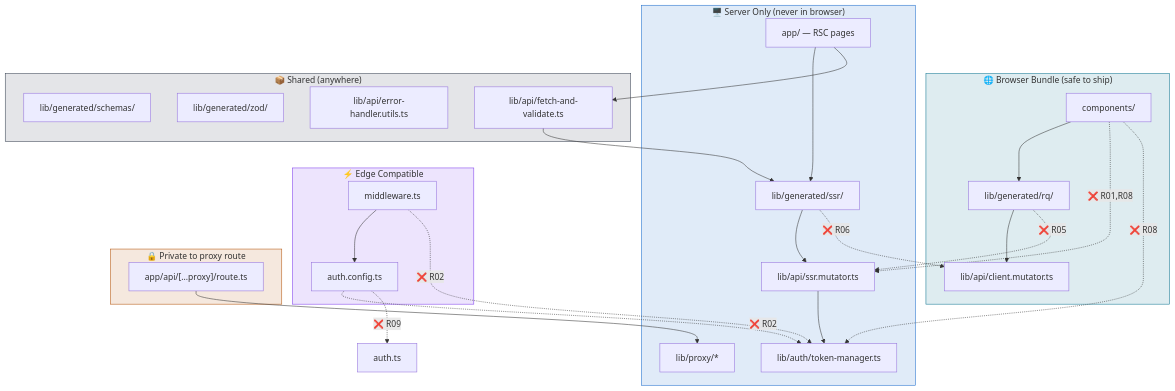
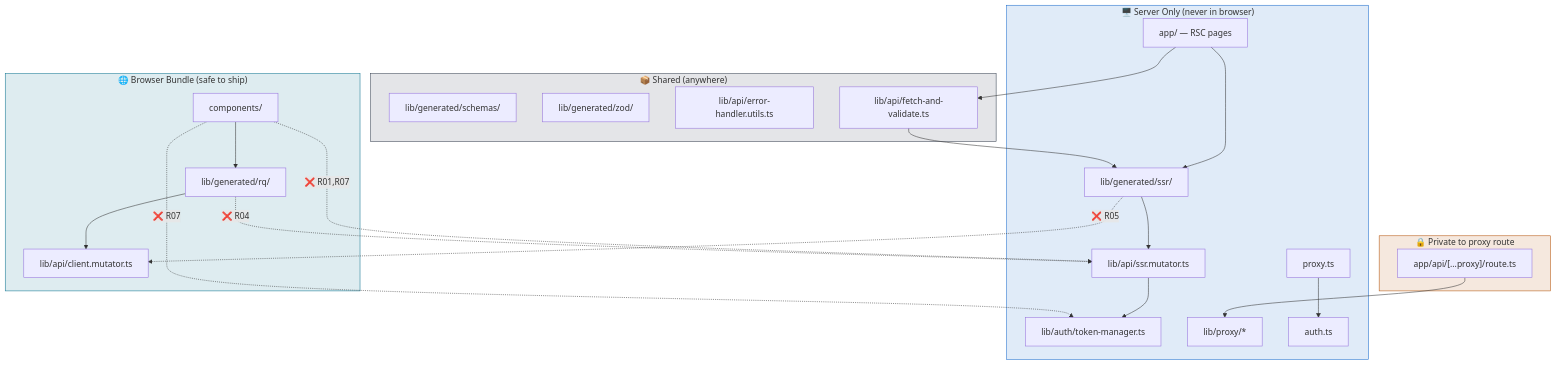
The diagram in docs/design/v10-architecture-rules.md (gokerDEV/bff-pattern), drawn with Mermaid before and after one commit. The commit also changed other lines of this file and 32 other files, not shown here.

````diff
--- a/docs/design/v10-architecture-rules.md
+++ b/docs/design/v10-architecture-rules.md
@@ -27,54 +22,47 @@
 ```mermaid
 graph TD
     subgraph browser["🌐 Browser Bundle (safe to ship)"]
         comp["components/"]
         rq["lib/generated/rq/"]
         cm["lib/api/client.mutator.ts"]
     end
 
     subgraph server["🖥️ Server Only (never in browser)"]
         rsc["app/ — RSC pages"]
         ssr["lib/generated/ssr/"]
         sm["lib/api/ssr.mutator.ts"]
         tm["lib/auth/token-manager.ts"]
         proxy_lib["lib/proxy/*"]
-    end
-
-    subgraph edge["⚡ Edge Compatible"]
-        mw["middleware.ts"]
-        ac["auth.config.ts"]
+        auth_ts["auth.ts"]
+        proxy_ts["proxy.ts"]
     end
 
     subgraph shared["📦 Shared (anywhere)"]
         types["lib/generated/schemas/"]
         zod["lib/generated/zod/"]
         err["lib/api/error-handler.utils.ts"]
         fav["lib/api/fetch-and-validate.ts"]
     end
 
     subgraph locked["🔒 Private to proxy route"]
         proxy_route["app/api/[...proxy]/route.ts"]
         proxy_lib
     end
 
     comp --> rq --> cm
     rsc --> ssr --> sm --> tm
     rsc --> fav --> ssr
-    mw --> ac
+    proxy_ts --> auth_ts
     proxy_route --> proxy_lib
 
     %% Forbidden (shown as red X)
-    comp -. "❌ R01,R08" .-> sm
-    comp -. "❌ R08" .-> tm
-    rq -. "❌ R05" .-> sm
-    ssr -. "❌ R06" .-> cm
-    ac -. "❌ R02" .-> tm
-    mw -. "❌ R02" .-> tm
-    ac -. "❌ R09" .-> auth_ts["auth.ts"]
+    comp -. "❌ R01,R07" .-> sm
+    comp -. "❌ R07" .-> tm
+    rq -. "❌ R04" .-> sm
+    ssr -. "❌ R05" .-> cm
 
     style browser fill:#0e749022,stroke:#0e7490
     style server fill:#1a6bcc22,stroke:#1a6bcc
-    style edge fill:#7c3aed22,stroke:#7c3aed
     style shared fill:#37415122,stroke:#374151
     style locked fill:#b4530922,stroke:#b45309
 ```
````
